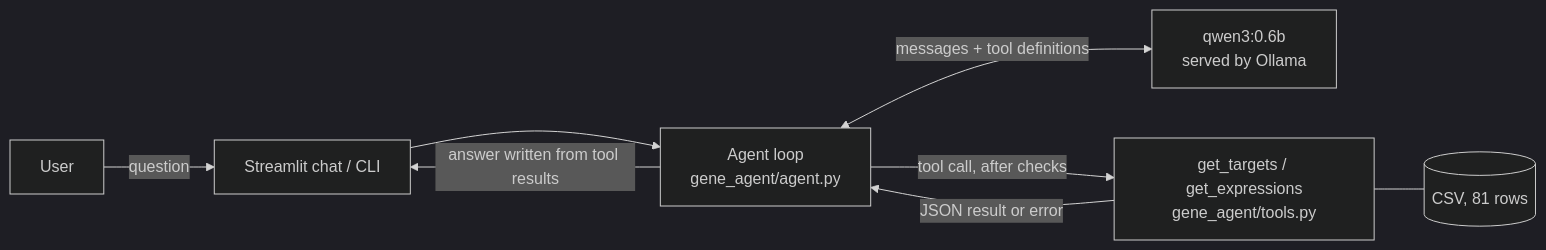
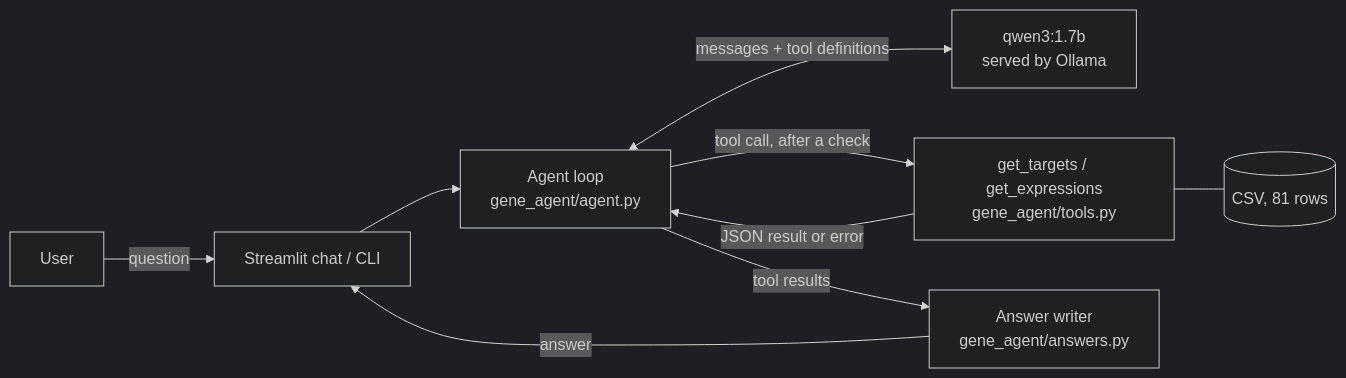
The diagram in README.md (FirasHmedi/owkin-gene-agent), drawn with Mermaid (dark theme) before and after one commit. The commit also changed other lines of this file and 4 other files, not shown here.

````diff
--- a/README.md
+++ b/README.md
@@ -54,10 +68,11 @@
 ```mermaid
 flowchart LR
     U[User] -->|question| UI[Streamlit chat / CLI]
     UI --> A[Agent loop<br/>gene_agent/agent.py]
-    A <-->|messages + tool definitions| M[qwen3:0.6b<br/>served by Ollama]
-    A -->|tool call, after checks| T[get_targets / get_expressions<br/>gene_agent/tools.py]
+    A <-->|messages + tool definitions| M[qwen3:1.7b<br/>served by Ollama]
+    A -->|tool call, after a check| T[get_targets / get_expressions<br/>gene_agent/tools.py]
     T -->|JSON result or error| A
     T --- D[(CSV, 81 rows)]
-    A -->|answer written from tool results| UI
+    A -->|tool results| W[Answer writer<br/>gene_agent/answers.py]
+    W -->|answer| UI
 ```
````
